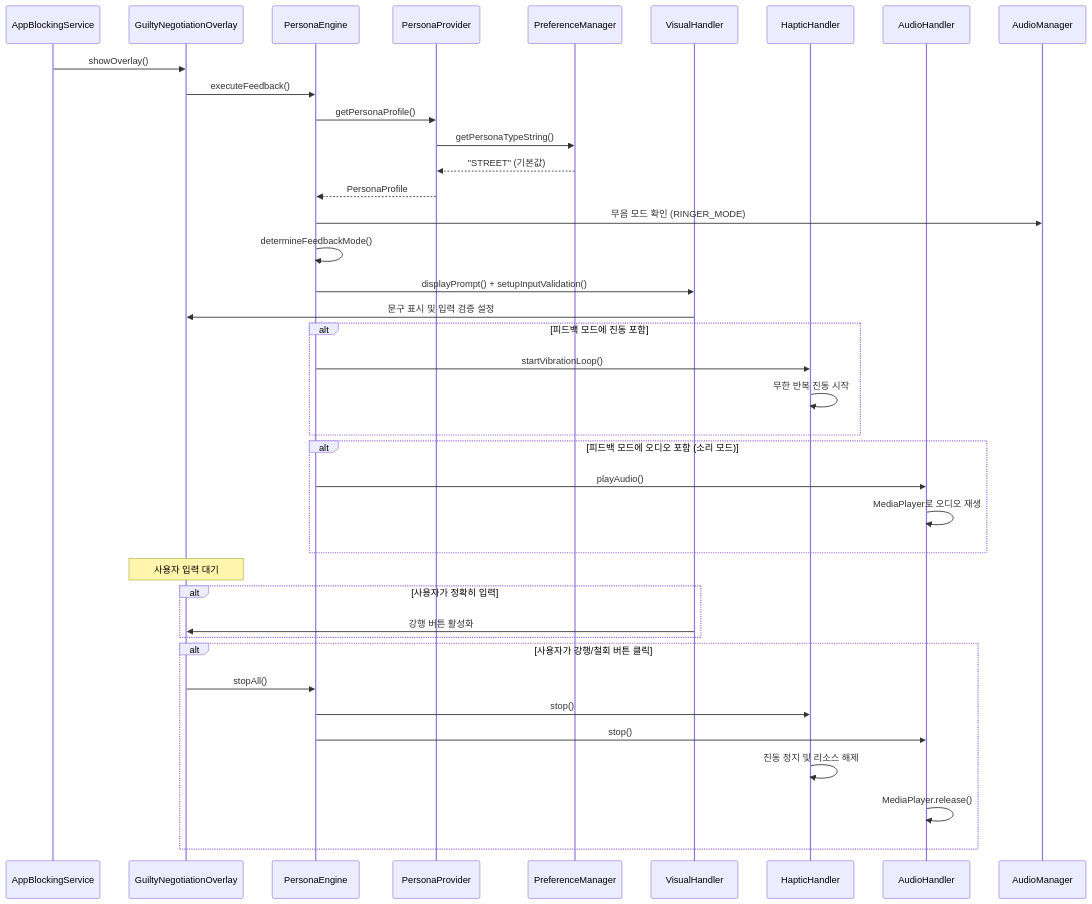
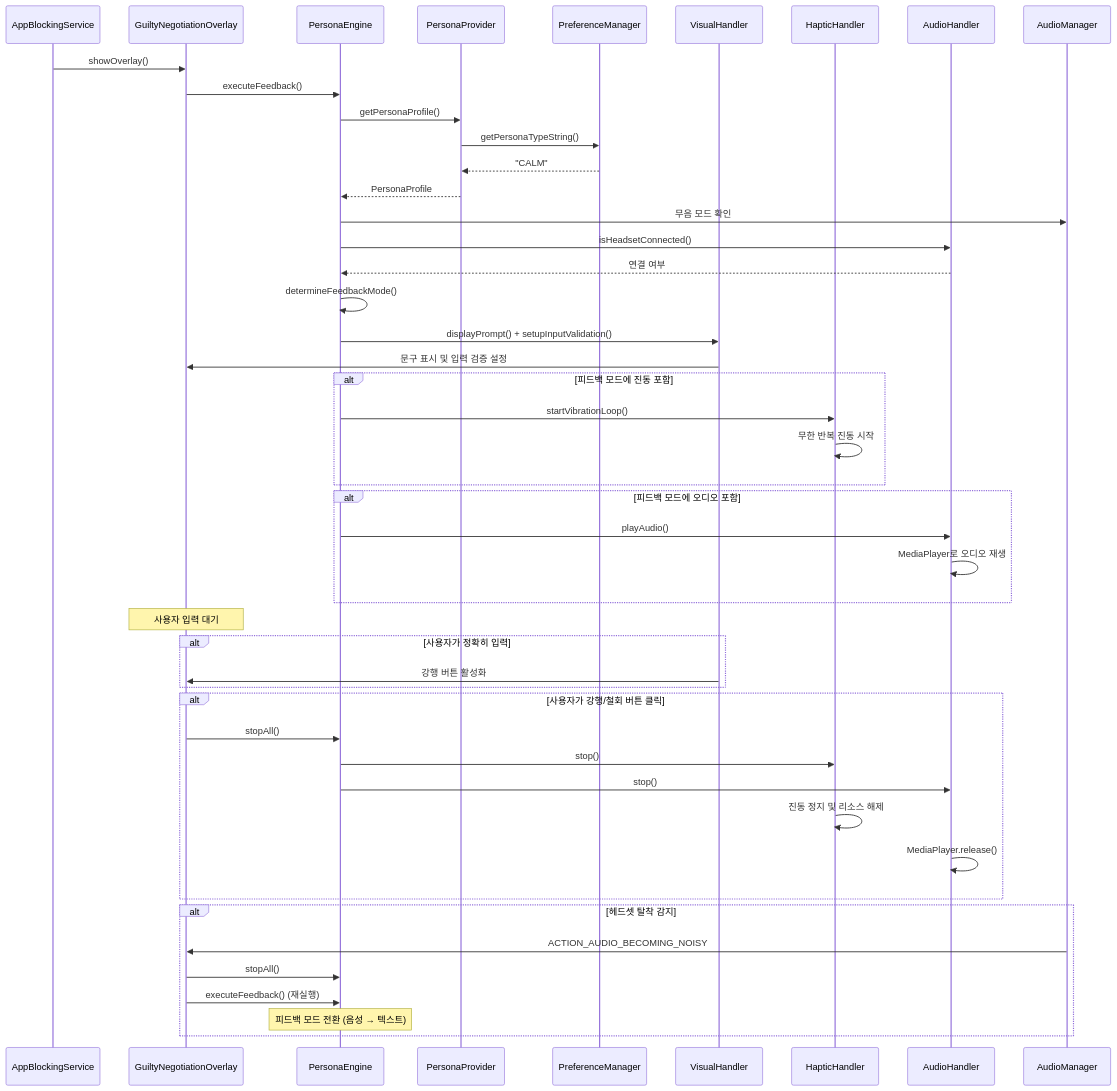
Before and after one commit to KDG12054345/-2: the third of 6 diagrams in ARCHITECTURE.md, drawn with Mermaid. The commit also changed other lines of this file and 6 other files, not shown here.

````diff
--- a/ARCHITECTURE.md
+++ b/ARCHITECTURE.md
@@ -254,50 +254,60 @@
 ```mermaid
 sequenceDiagram
     participant AppBlockingService
     participant GuiltyNegotiationOverlay
     participant PersonaEngine
     participant PersonaProvider
     participant PreferenceManager
     participant VisualHandler
     participant HapticHandler
     participant AudioHandler
     participant AudioManager
 
     AppBlockingService->>GuiltyNegotiationOverlay: showOverlay()
     GuiltyNegotiationOverlay->>PersonaEngine: executeFeedback()
     
     PersonaEngine->>PersonaProvider: getPersonaProfile()
     PersonaProvider->>PreferenceManager: getPersonaTypeString()
-    PreferenceManager-->>PersonaProvider: "STREET" (기본값)
+    PreferenceManager-->>PersonaProvider: "CALM"
     PersonaProvider-->>PersonaEngine: PersonaProfile
     
-    PersonaEngine->>AudioManager: 무음 모드 확인 (RINGER_MODE)
+    PersonaEngine->>AudioManager: 무음 모드 확인
+    PersonaEngine->>AudioHandler: isHeadsetConnected()
+    AudioHandler-->>PersonaEngine: 연결 여부
+    
     PersonaEngine->>PersonaEngine: determineFeedbackMode()
     
     PersonaEngine->>VisualHandler: displayPrompt() + setupInputValidation()
     VisualHandler->>GuiltyNegotiationOverlay: 문구 표시 및 입력 검증 설정
     
     alt 피드백 모드에 진동 포함
         PersonaEngine->>HapticHandler: startVibrationLoop()
         HapticHandler->>HapticHandler: 무한 반복 진동 시작
     end
     
-    alt 피드백 모드에 오디오 포함 (소리 모드)
+    alt 피드백 모드에 오디오 포함
         PersonaEngine->>AudioHandler: playAudio()
         AudioHandler->>AudioHandler: MediaPlayer로 오디오 재생
     end
     
     Note over GuiltyNegotiationOverlay: 사용자 입력 대기
     
     alt 사용자가 정확히 입력
         VisualHandler->>GuiltyNegotiationOverlay: 강행 버튼 활성화
     end
     
     alt 사용자가 강행/철회 버튼 클릭
         GuiltyNegotiationOverlay->>PersonaEngine: stopAll()
         PersonaEngine->>HapticHandler: stop()
         PersonaEngine->>AudioHandler: stop()
         HapticHandler->>HapticHandler: 진동 정지 및 리소스 해제
         AudioHandler->>AudioHandler: MediaPlayer.release()
     end
+    
+    alt 헤드셋 탈착 감지
+        AudioManager->>GuiltyNegotiationOverlay: ACTION_AUDIO_BECOMING_NOISY
+        GuiltyNegotiationOverlay->>PersonaEngine: stopAll()
+        GuiltyNegotiationOverlay->>PersonaEngine: executeFeedback() (재실행)
+        Note over PersonaEngine: 피드백 모드 전환 (음성 → 텍스트)
+    end
 ```
````
